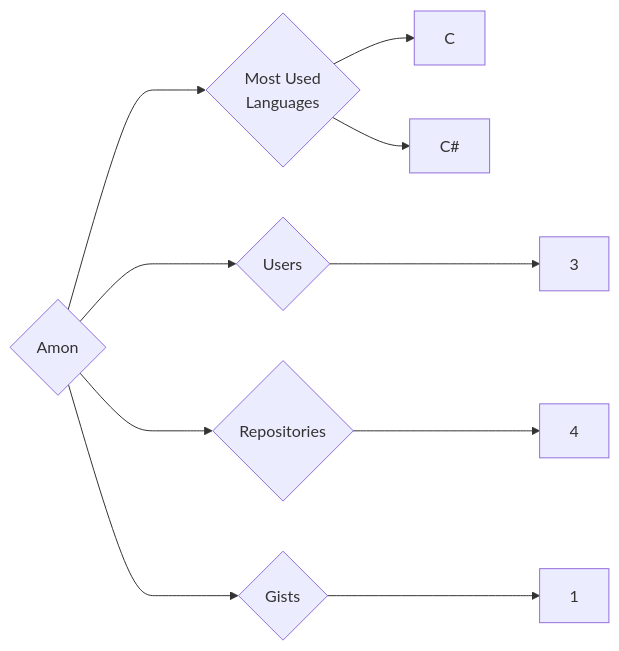
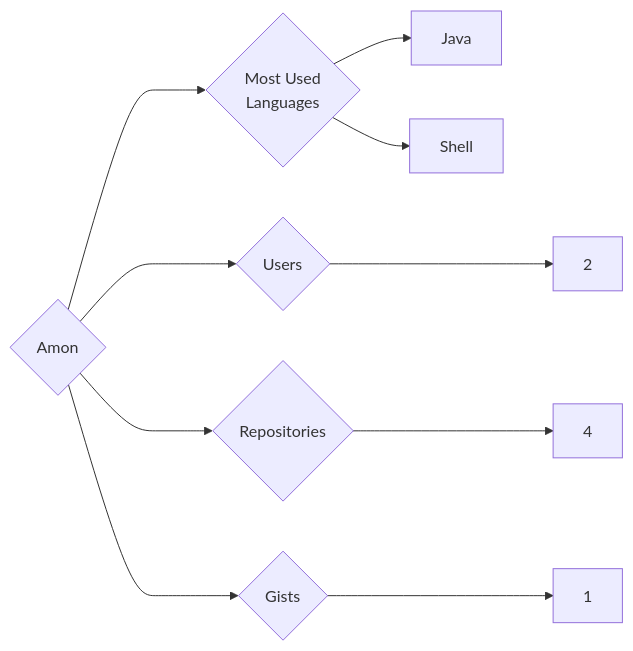
The diagram in targets/Amon/README.md (trickest/insiders), drawn with Mermaid before and after one commit. The commit also changed 1314 other files, not shown here.

````diff
--- a/targets/Amon/README.md
+++ b/targets/Amon/README.md
@@ -3,10 +3,10 @@
 ```mermaid
 graph LR
 COMPANY_NAME{Amon}
-COMPANY_NAME ---> U{Users} ---> UN[3]
+COMPANY_NAME ---> U{Users} ---> UN[2]
 COMPANY_NAME ---> R{Repositories} ---> RN[4]
 COMPANY_NAME ---> G{Gists} ---> GN[1]
 COMPANY_NAME ---> ML{Most Used<br>Languages}
-ML --> C[C]
-ML --> C#[C#]
+ML --> Java[Java]
+ML --> Shell[Shell]
 ```
````
